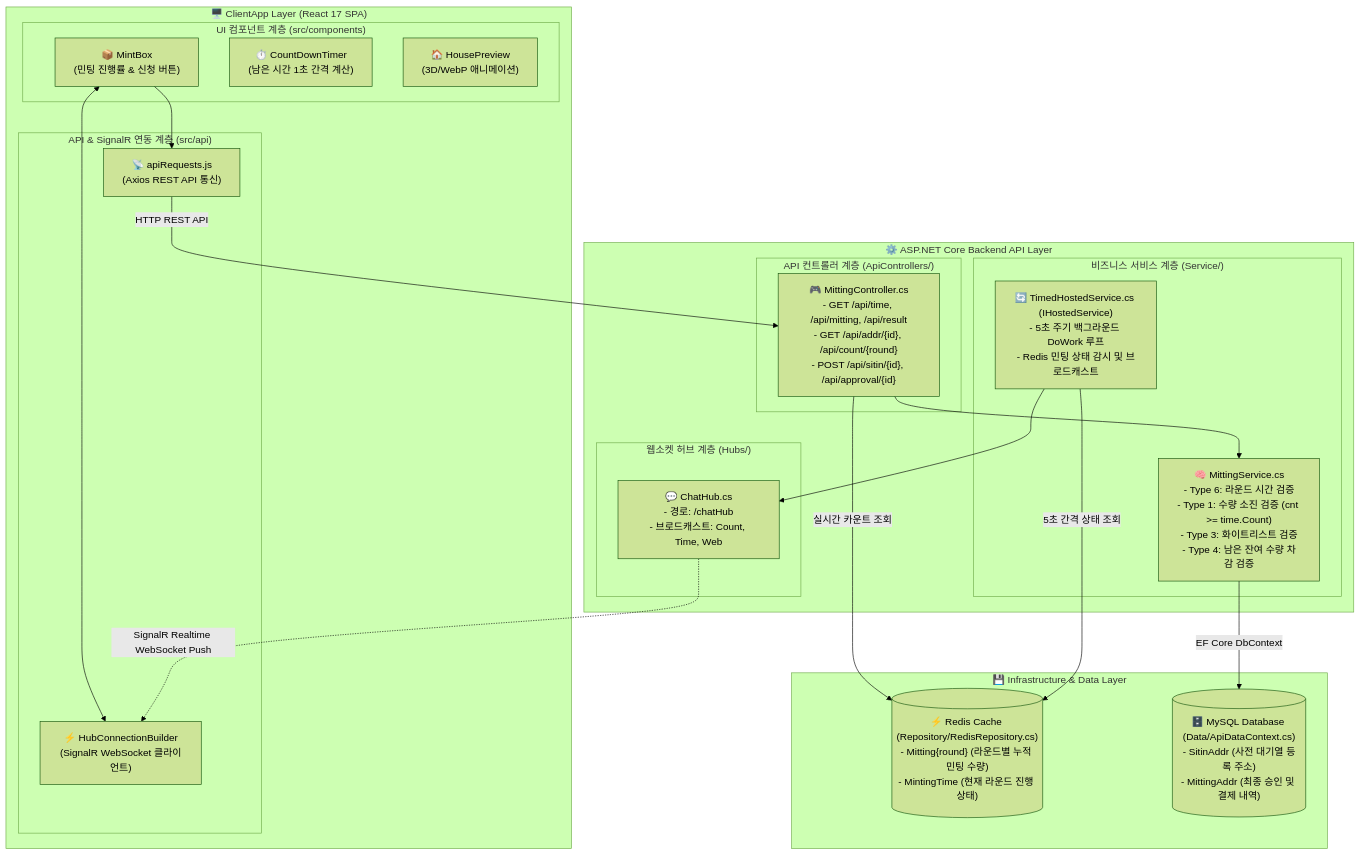
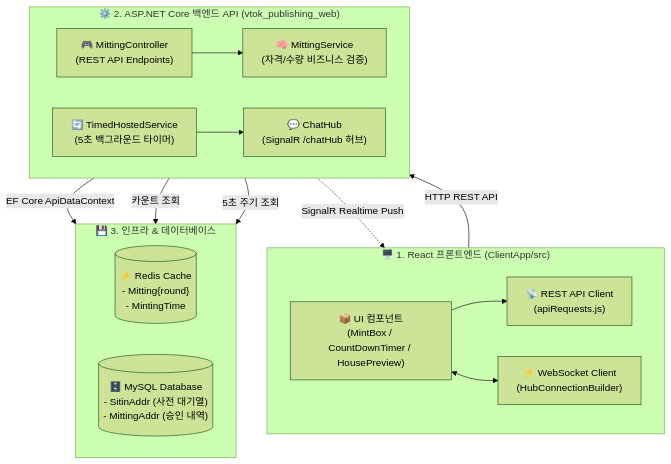
The first of 3 diagrams in vtok_publishing_web/README.md (comfiapps/vtok-all), drawn with Mermaid (forest theme) before and after one commit.

Commit message:
docs: flatten Section 1.1 architecture diagram in vtok_publishing_web README

````diff
--- a/vtok_publishing_web/README.md
+++ b/vtok_publishing_web/README.md
@@ -15,48 +15,35 @@
 ```mermaid
 flowchart TD
-    subgraph Frontend ["🖥️ ClientApp Layer (React 17 SPA)"]
-        subgraph UI ["UI 컴포넌트 계층 (src/components)"]
-            MINT_UI["📦 MintBox\n(민팅 진행률 & 신청 버튼)"]
-            TIMER_UI["⏱️ CountDownTimer\n(남은 시간 1초 간격 계산)"]
-            HOUSE_UI["🏠 HousePreview\n(3D/WebP 애니메이션)"]
-        end
-
-        subgraph ClientAPI ["API & SignalR 연동 계층 (src/api)"]
-            API_REQ["📡 apiRequests.js\n(Axios REST API 통신)"]
-            WS_CLIENT["⚡ HubConnectionBuilder\n(SignalR WebSocket 클라이언트)"]
-        end
+    subgraph Frontend ["🖥️ 1. React 프론트엔드 (ClientApp/src)"]
+        direction LR
+        MINT_UI["📦 UI 컴포넌트\n(MintBox / CountDownTimer / HousePreview)"]
+        API_REQ["📡 REST API Client\n(apiRequests.js)"]
+        WS_CLIENT["⚡ WebSocket Client\n(HubConnectionBuilder)"]
 
         MINT_UI --> API_REQ
         MINT_UI <--> WS_CLIENT
     end
 
-    subgraph Backend ["⚙️ ASP.NET Core Backend API Layer"]
-        subgraph Controllers ["API 컨트롤러 계층 (ApiControllers/)"]
-            CTRL["🎮 MittingController.cs\n- GET /api/time, /api/mitting, /api/result\n- GET /api/addr/{id}, /api/count/{round}\n- POST /api/sitin/{id}, /api/approval/{id}"]
-        end
-
-        subgraph Services ["비즈니스 서비스 계층 (Service/)"]
-            SVC["🧠 MittingService.cs\n- Type 6: 라운드 시간 검증\n- Type 1: 수량 소진 검증 (cnt >= time.Count)\n- Type 3: 화이트리스트 검증\n- Type 4: 남은 잔여 수량 차감 검증"]
-            HOSTED["🔄 TimedHostedService.cs (IHostedService)\n- 5초 주기 백그라운드 DoWork 루프\n- Redis 민팅 상태 감시 및 브로드캐스트"]
-        end
-
-        subgraph Hubs ["웹소켓 허브 계층 (Hubs/)"]
-            HUB["💬 ChatHub.cs\n- 경로: /chatHub\n- 브로드캐스트: Count, Time, Web"]
-        end
+    subgraph Backend ["⚙️ 2. ASP.NET Core 백엔드 API (vtok_publishing_web)"]
+        direction LR
+        CTRL["🎮 MittingController\n(REST API Endpoints)"]
+        SVC["🧠 MittingService\n(자격/수량 비즈니스 검증)"]
+        HOSTED["🔄 TimedHostedService\n(5초 백그라운드 타이머)"]
+        HUB["💬 ChatHub\n(SignalR /chatHub 허브)"]
 
         CTRL --> SVC
         HOSTED --> HUB
     end
 
-    subgraph Storage ["💾 Infrastructure & Data Layer"]
-        REDIS[("⚡ Redis Cache (Repository/RedisRepository.cs)\n- Mitting{round} (라운드별 누적 민팅 수량)\n- MintingTime (현재 라운드 진행 상태)")]
-        MYSQL[("🗄️ MySQL Database (Data/ApiDataContext.cs)\n- SitinAddr (사전 대기열 등록 주소)\n- MittingAddr (최종 승인 및 결제 내역)")]
-
-        SVC -->|EF Core DbContext| MYSQL
-        CTRL -->|실시간 카운트 조회| REDIS
-        HOSTED -->|5초 간격 상태 조회| REDIS
+    subgraph Storage ["💾 3. 인프라 & 데이터베이스"]
+        direction LR
+        REDIS[("⚡ Redis Cache\n- Mitting{round}\n- MintingTime")]
+        MYSQL[("🗄️ MySQL Database\n- SitinAddr (사전 대기열)\n- MittingAddr (승인 내역)")]
     end
 
     API_REQ -->|HTTP REST API| CTRL
-    HUB -.->|SignalR Realtime WebSocket Push| WS_CLIENT
+    SVC -->|EF Core ApiDataContext| MYSQL
+    CTRL -->|카운트 조회| REDIS
+    HOSTED -->|5초 주기 조회| REDIS
+    HUB -.->|SignalR Realtime Push| WS_CLIENT
 ```
````
